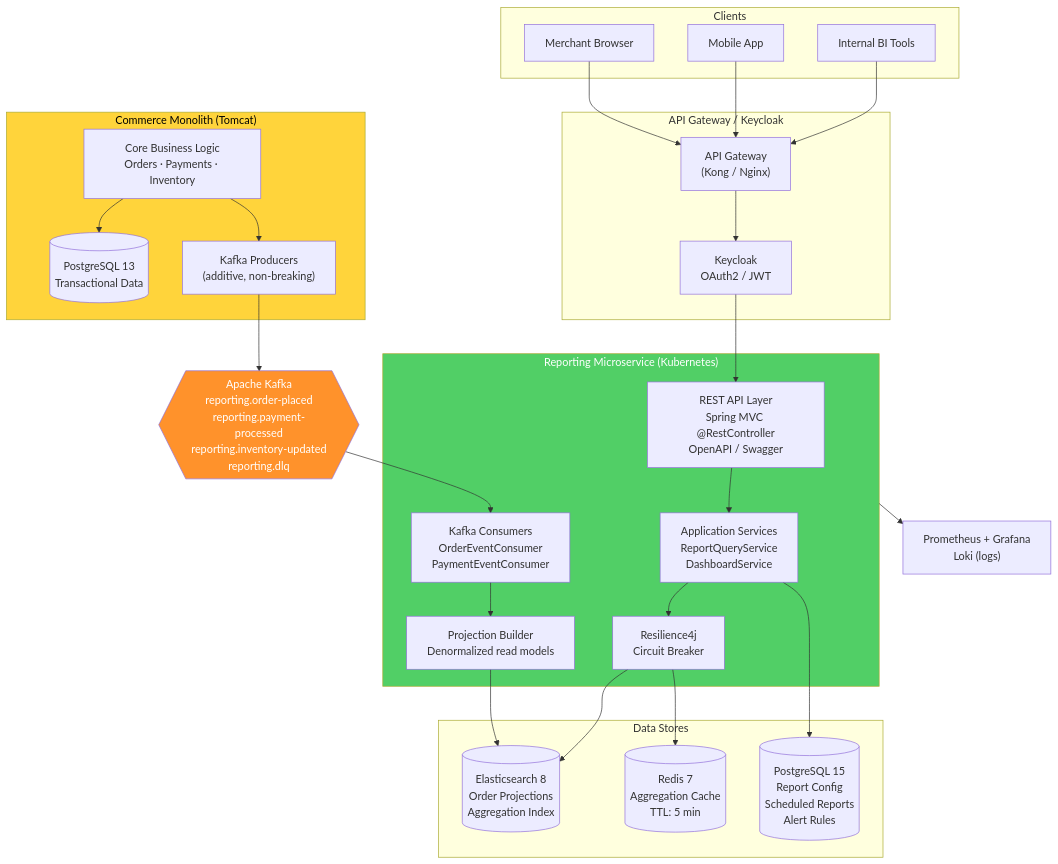
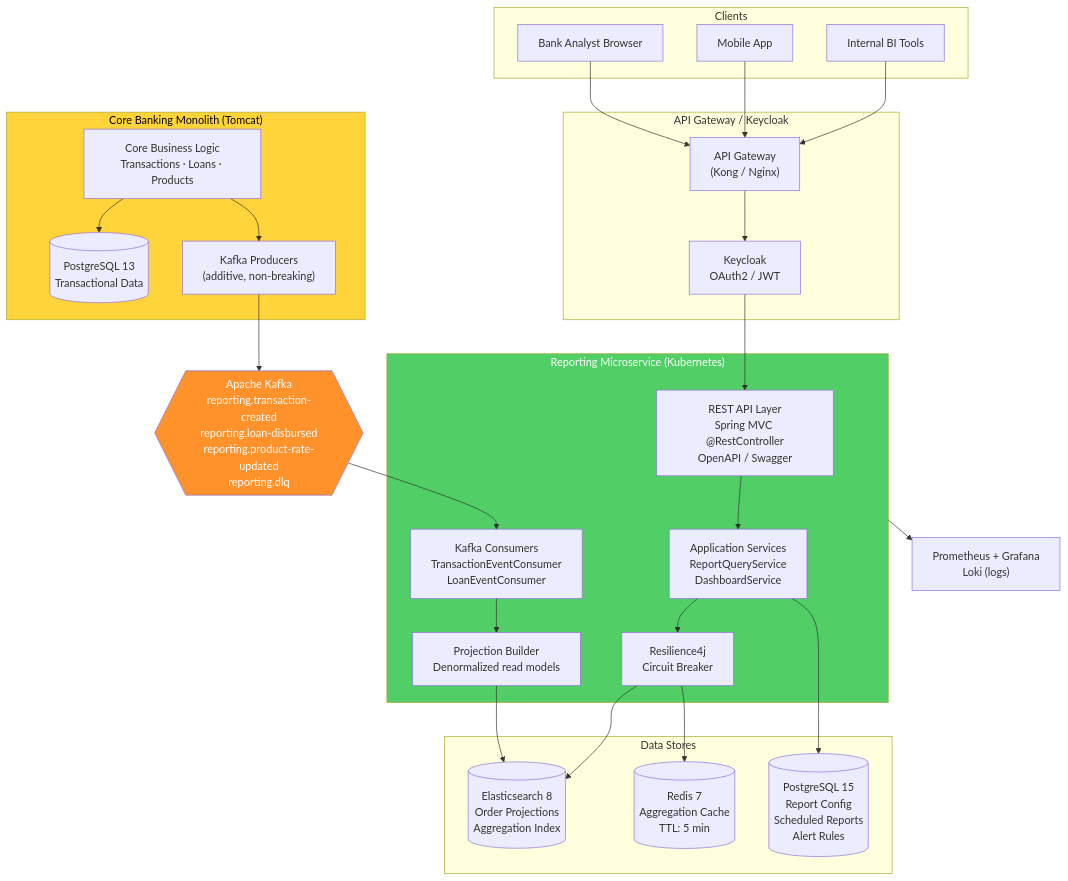
One commit to makeitfine-org/reporting changed the eighth of 12 diagrams in architecture and decoupling.md. Above: the diagram before and after it, drawn with Mermaid. The commit also changed other lines of this file and 3 other files, not shown here.

Commit message:
docs: re-domain architecture doc from e-commerce to core banking

````diff
--- a/architecture and decoupling.md
+++ b/architecture and decoupling.md
@@ -598,61 +598,61 @@
 ```mermaid
 graph TB
     subgraph Clients["Clients"]
-        Browser["Merchant Browser"]
+        Browser["Bank Analyst Browser"]
         MobileApp["Mobile App"]
         InternalBI["Internal BI Tools"]
     end
 
     subgraph Gateway["API Gateway / Keycloak"]
         GW["API Gateway<br/>(Kong / Nginx)"]
         KC["Keycloak<br/>OAuth2 / JWT"]
     end
 
     subgraph ReportingService["Reporting Microservice (Kubernetes)"]
         API["REST API Layer<br/>Spring MVC @RestController<br/>OpenAPI / Swagger"]
         AppSvc["Application Services<br/>ReportQueryService<br/>DashboardService"]
         CircuitBreaker["Resilience4j<br/>Circuit Breaker"]
-        KafkaConsumers["Kafka Consumers<br/>OrderEventConsumer<br/>PaymentEventConsumer"]
+        KafkaConsumers["Kafka Consumers<br/>TransactionEventConsumer<br/>LoanEventConsumer"]
         Projector["Projection Builder<br/>Denormalized read models"]
     end
 
     subgraph DataStores["Data Stores"]
         ES[(Elasticsearch 8<br/>Order Projections<br/>Aggregation Index)]
         Redis[(Redis 7<br/>Aggregation Cache<br/>TTL: 5 min)]
         PG[(PostgreSQL 15<br/>Report Config<br/>Scheduled Reports<br/>Alert Rules)]
     end
 
-    subgraph Monolith["Commerce Monolith (Tomcat)"]
-        MonolithCore["Core Business Logic<br/>Orders · Payments · Inventory"]
+    subgraph Monolith["Core Banking Monolith (Tomcat)"]
+        MonolithCore["Core Business Logic<br/>Transactions · Loans · Products"]
         MonolithDB[(PostgreSQL 13<br/>Transactional Data)]
         KafkaProducers["Kafka Producers<br/>(additive, non-breaking)"]
     end
 
-    Kafka{{"Apache Kafka<br/>reporting.order-placed<br/>reporting.payment-processed<br/>reporting.inventory-updated<br/>reporting.dlq"}}
+    Kafka{{"Apache Kafka<br/>reporting.transaction-created<br/>reporting.loan-disbursed<br/>reporting.product-rate-updated<br/>reporting.dlq"}}
 
     Observability["Prometheus + Grafana<br/>Loki (logs)"]
 
     Browser --> GW
     MobileApp --> GW
     InternalBI --> GW
     GW --> KC
     KC --> API
     API --> AppSvc
     AppSvc --> CircuitBreaker
     CircuitBreaker --> ES
     CircuitBreaker --> Redis
     AppSvc --> PG
 
     MonolithCore --> MonolithDB
     MonolithCore --> KafkaProducers
     KafkaProducers --> Kafka
     Kafka --> KafkaConsumers
     KafkaConsumers --> Projector
     Projector --> ES
 
     ReportingService --> Observability
 
     style ReportingService fill:#51cf66,color:#fff
     style Kafka fill:#ff922b,color:#fff
     style Monolith fill:#ffd43b,color:#000
 ```
````
